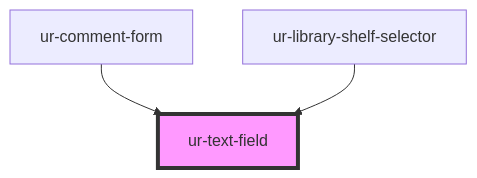
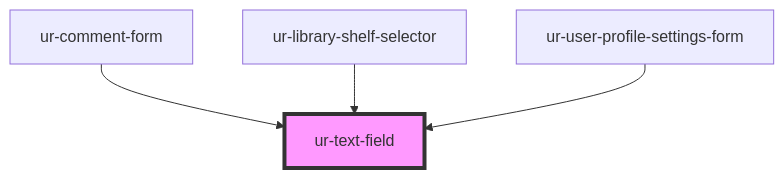
One commit to hellish/urnovl-web-components changed the diagram in src/components/ur-text-field/readme.md. Above: the diagram before and after it, drawn with Mermaid. The commit also changed other lines of this file and 6 other files, not shown here.

Commit message:
User Profile Settings more

````diff
--- a/src/components/ur-text-field/readme.md
+++ b/src/components/ur-text-field/readme.md
@@ -53,6 +54,7 @@
 ```mermaid
 graph TD;
   ur-comment-form --> ur-text-field
   ur-library-shelf-selector --> ur-text-field
+  ur-user-profile-settings-form --> ur-text-field
   style ur-text-field fill:#f9f,stroke:#333,stroke-width:4px
 ```
````
